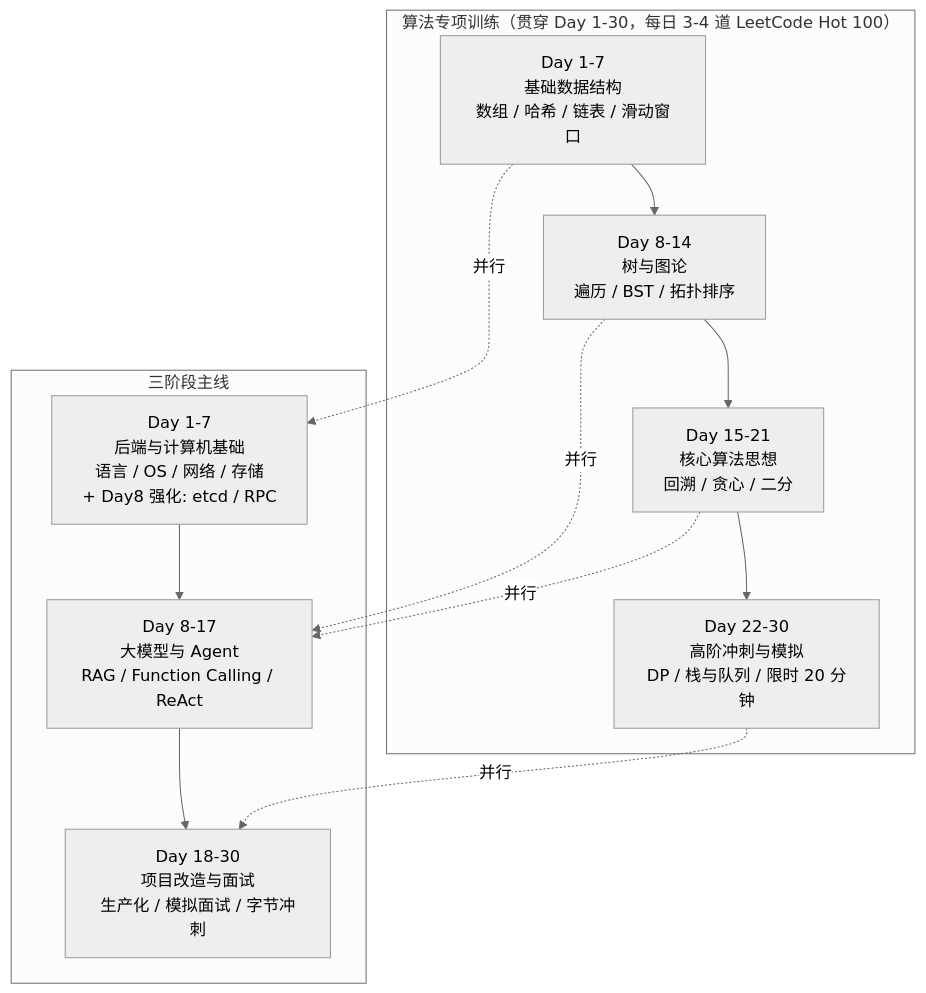
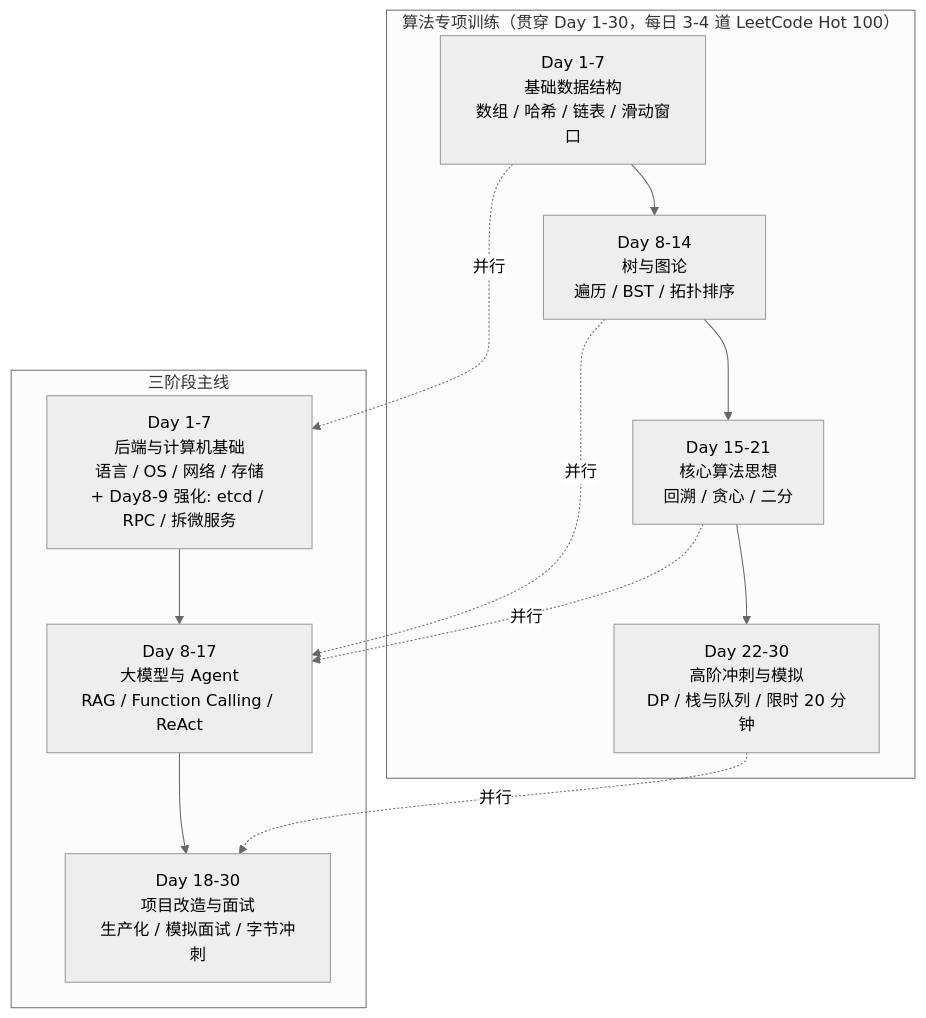
The diagram in docs/路线专题/index.md (Bin-hy/go-campus), drawn with Mermaid (neutral theme) before and after one commit. The commit also changed other lines of this file and 12 other files, not shown here.

````diff
--- a/docs/路线专题/index.md
+++ b/docs/路线专题/index.md
@@ -8,20 +8,20 @@
 ```mermaid
 flowchart TB
     subgraph 算法专项["算法专项训练（贯穿 Day 1-30，每日 3-4 道 LeetCode Hot 100）"]
         A1["Day 1-7<br/>基础数据结构<br/>数组 / 哈希 / 链表 / 滑动窗口"]
         A2["Day 8-14<br/>树与图论<br/>遍历 / BST / 拓扑排序"]
         A3["Day 15-21<br/>核心算法思想<br/>回溯 / 贪心 / 二分"]
         A4["Day 22-30<br/>高阶冲刺与模拟<br/>DP / 栈与队列 / 限时 20 分钟"]
     end
     subgraph 主线["三阶段主线"]
-        B1["Day 1-7<br/>后端与计算机基础<br/>语言 / OS / 网络 / 存储<br/>+ Day8 强化: etcd / RPC"]
+        B1["Day 1-7<br/>后端与计算机基础<br/>语言 / OS / 网络 / 存储<br/>+ Day8-9 强化: etcd / RPC / 拆微服务"]
         B2["Day 8-17<br/>大模型与 Agent<br/>RAG / Function Calling / ReAct"]
         B3["Day 18-30<br/>项目改造与面试<br/>生产化 / 模拟面试 / 字节冲刺"]
     end
     A1 --> A2 --> A3 --> A4
     B1 --> B2 --> B3
     A1 -. 并行 .-> B1
     A2 -. 并行 .-> B2
     A3 -. 并行 .-> B2
     A4 -. 并行 .-> B3
 ```
````
